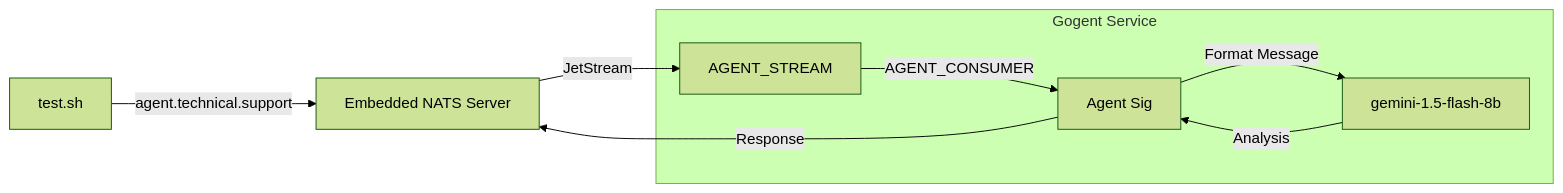
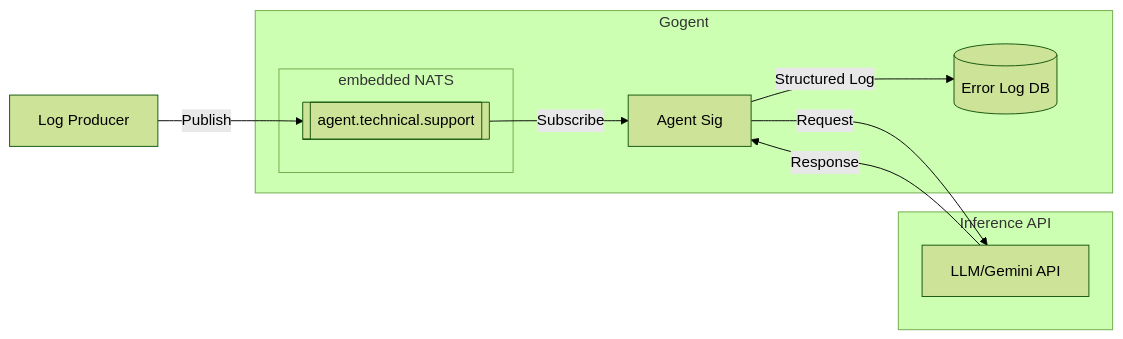
The diagram in README.md (tobalo/gogent), drawn with Mermaid (forest theme) before and after one commit. The commit also changed other lines of this file, not shown here.

````diff
--- a/README.md
+++ b/README.md
@@ -7,11 +12,17 @@
 ```mermaid
 flowchart LR
-    T[test.sh] -->|agent.technical.support| N[Embedded NATS Server]
-    subgraph Gogent Service
-        S[AGENT_STREAM] -->|AGENT_CONSUMER| A[Agent Sig]
-        A -->|Format Message| L[gemini-1.5-flash-8b]
-        L -->|Analysis| A
+    T[Log Producer] -->|Publish| Z[[Raw Error Log]]
+    subgraph Gogent
+        subgraph embedded NATS
+            Z[[agent.technical.support]]
+
+        end
+        Z -->|Subscribe| A[Agent Sig]
+        E[(Error Log DB)]
+        A --> |Structured Log| E
     end
-    N -->|JetStream| S
-    A -->|Response| N
+    subgraph Inference API
+        A -->|Request| L[LLM/Gemini API]
+        L -->|Response| A
+    end
 ```
````
